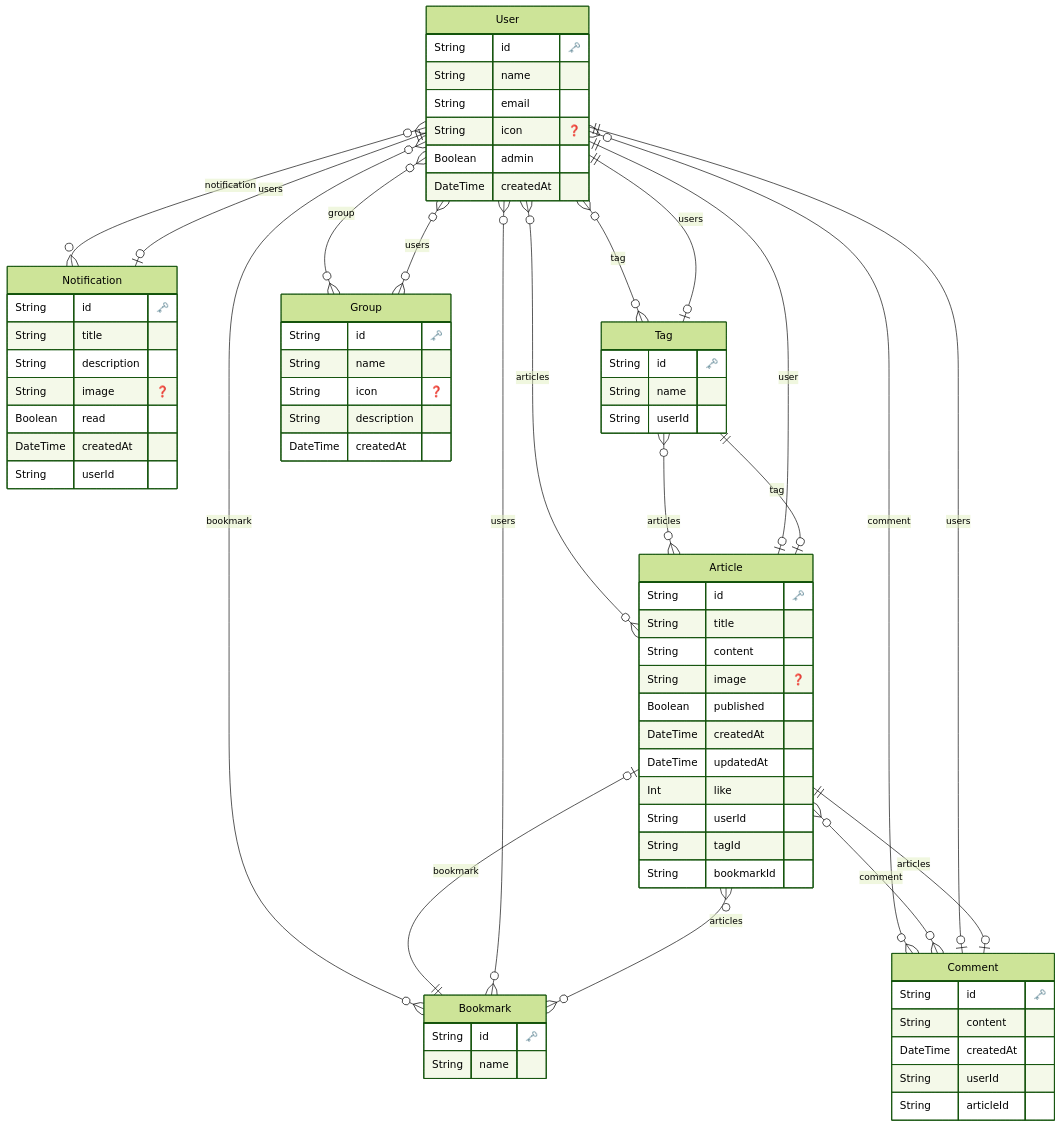
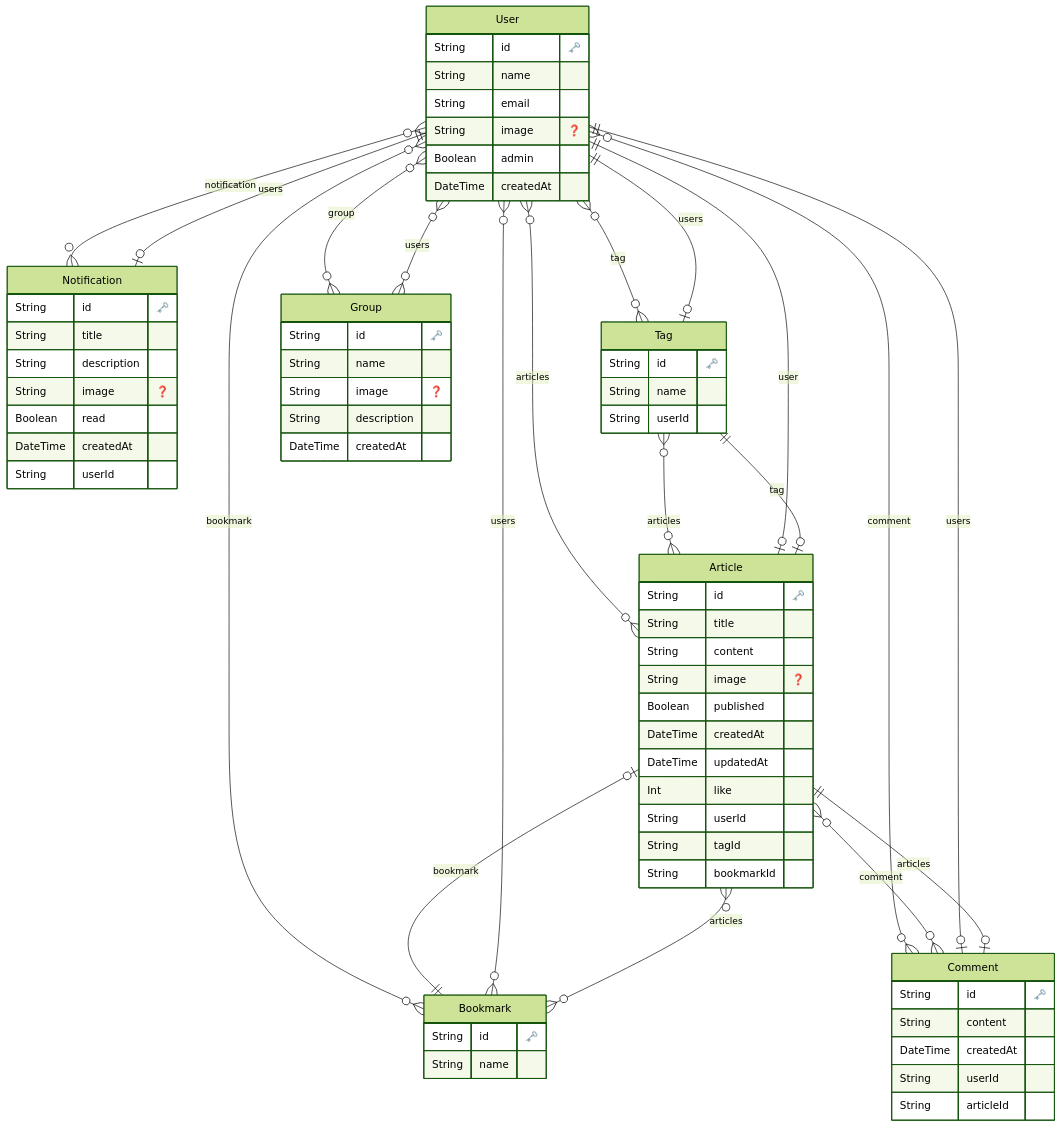
One commit to Itsuki54/kizino_niwa changed the diagram in prisma/ERD.md. Above: the diagram before and after it, drawn with Mermaid (forest theme). The commit also changed 17 other files, not shown here.

```diff
--- a/prisma/ERD.md
+++ b/prisma/ERD.md
@@ -5,7 +5,7 @@
     String id "🗝️"
     String name 
     String email 
-    String icon "❓"
+    String image "❓"
     Boolean admin 
     DateTime createdAt 
     }
@@ -53,7 +53,7 @@
   "Group" {
     String id "🗝️"
     String name 
-    String icon "❓"
+    String image "❓"
     String description 
     DateTime createdAt 
     }
```
